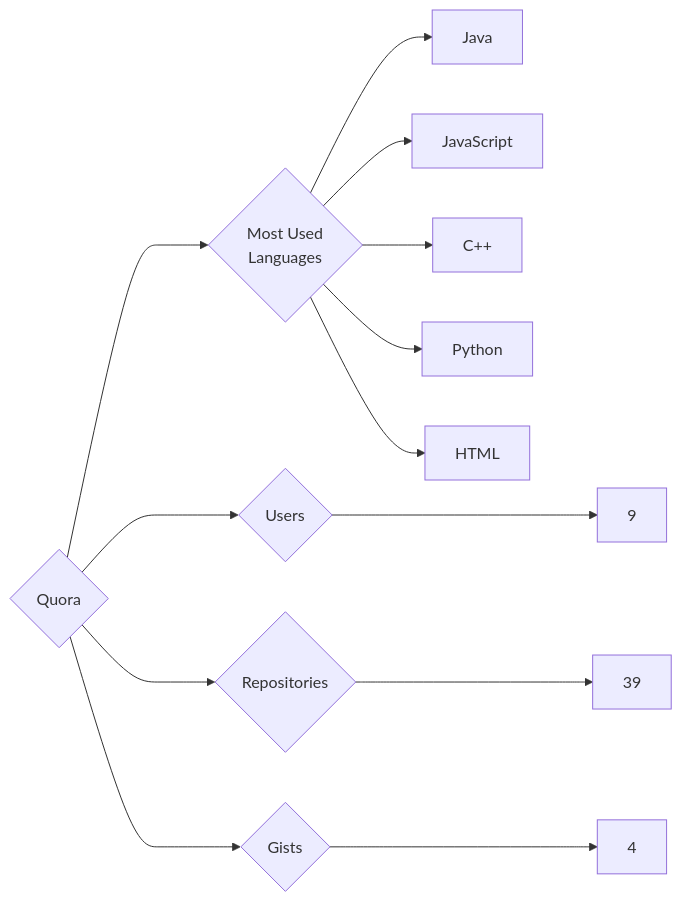
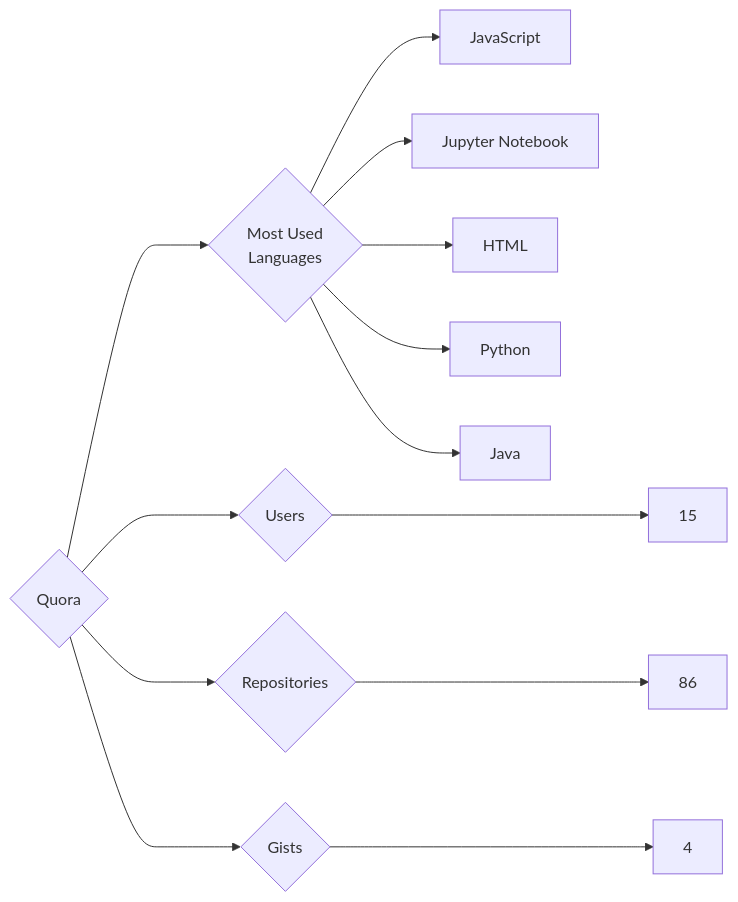
One commit to trickest/insiders changed the diagram in targets/Quora/README.md. Above: the diagram before and after it, drawn with Mermaid. The commit also changed 823 other files, not shown here.

````diff
--- a/targets/Quora/README.md
+++ b/targets/Quora/README.md
@@ -3,13 +3,13 @@
 ```mermaid
 graph LR
 COMPANY_NAME{Quora}
-COMPANY_NAME ---> U{Users} ---> UN[9]
-COMPANY_NAME ---> R{Repositories} ---> RN[39]
+COMPANY_NAME ---> U{Users} ---> UN[15]
+COMPANY_NAME ---> R{Repositories} ---> RN[86]
 COMPANY_NAME ---> G{Gists} ---> GN[4]
 COMPANY_NAME ---> ML{Most Used<br>Languages}
+ML --> JavaScript[JavaScript]
+ML --> Jupyter_Notebook[Jupyter Notebook]
+ML --> HTML[HTML]
+ML --> Python[Python]
 ML --> Java[Java]
-ML --> JavaScript[JavaScript]
-ML --> C++[C++]
-ML --> Python[Python]
-ML --> HTML[HTML]
 ```
````
